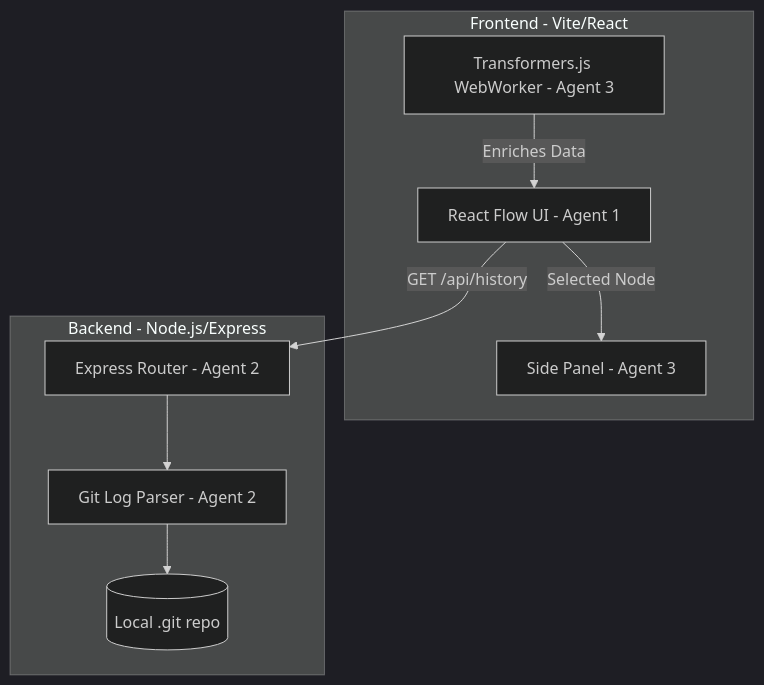
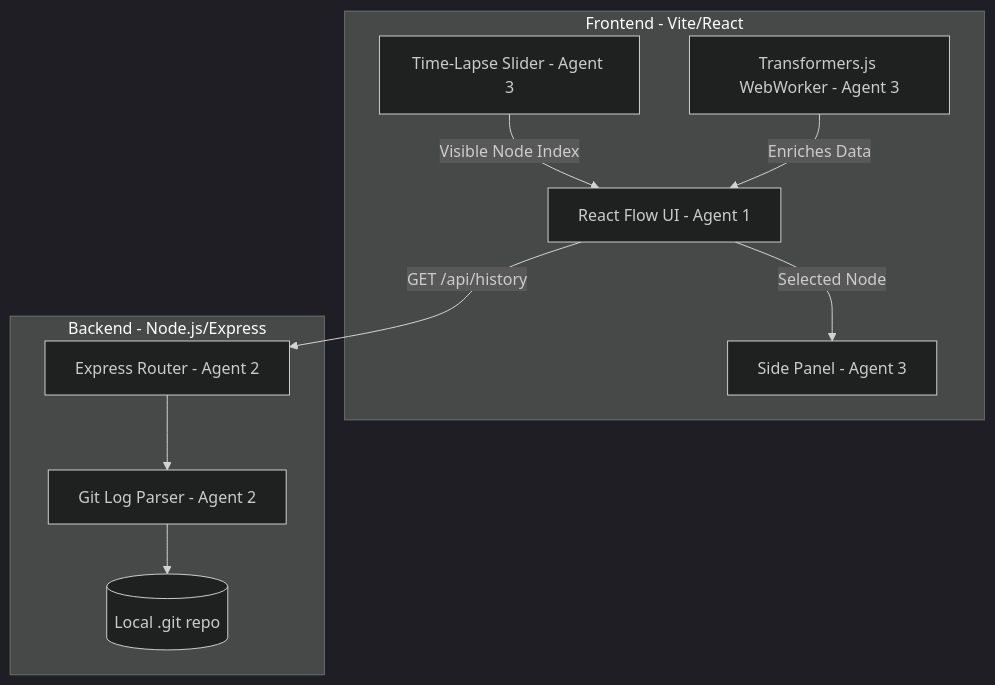
One commit to Khizarali007/HackNottsthing changed the diagram in README.md. Above: the diagram before and after it, drawn with Mermaid (dark theme). The commit also changed other lines of this file, not shown here.

First line of the commit message:
Enhance README with Time-Lapse Playback Slider details

````diff
--- a/README.md
+++ b/README.md
@@ -73,22 +82,24 @@
 ```mermaid
 graph TD
     subgraph Frontend - Vite/React
         UI[React Flow UI - Agent 1]
         Panel[Side Panel - Agent 3]
+        Slider[Time-Lapse Slider - Agent 3]
         ML[Transformers.js WebWorker - Agent 3]
 
         UI -->|Selected Node| Panel
+        Slider -->|Visible Node Index| UI
         ML -->|Enriches Data| UI
     end
 
     subgraph Backend - Node.js/Express
         API[Express Router - Agent 2]
         Parser[Git Log Parser - Agent 2]
         Git[(Local .git repo)]
 
         API --> Parser
         Parser --> Git
     end
 
     UI -->|GET /api/history| API
 ```
````
